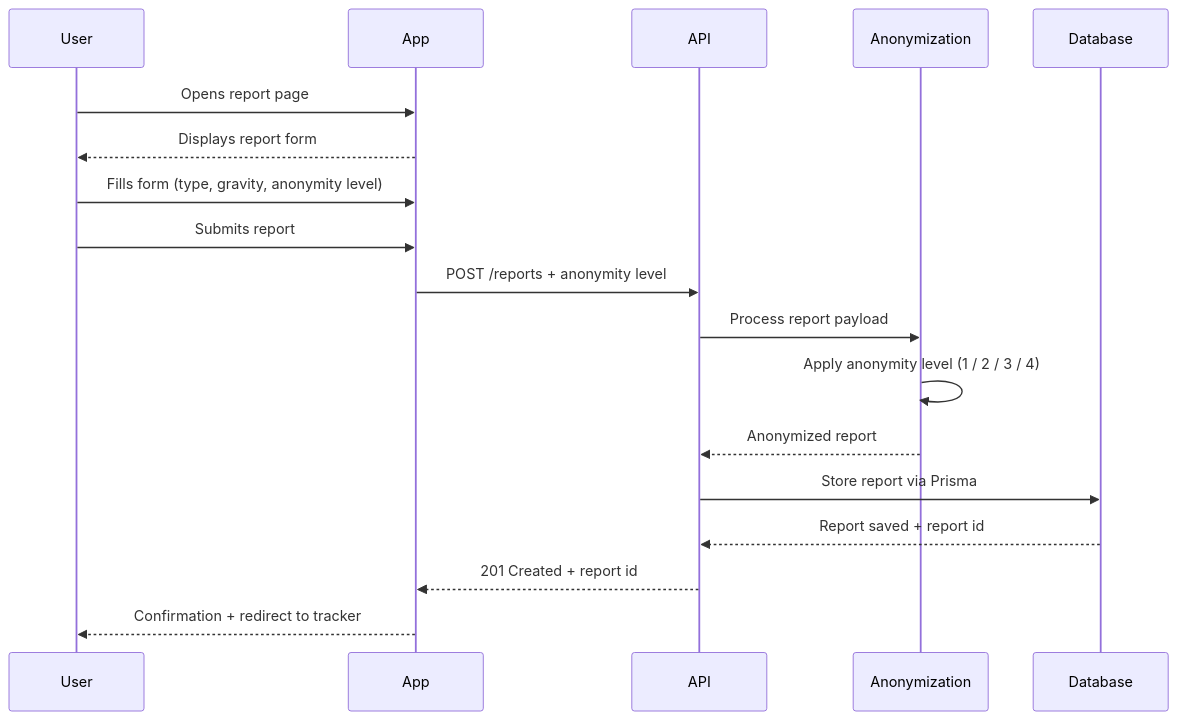
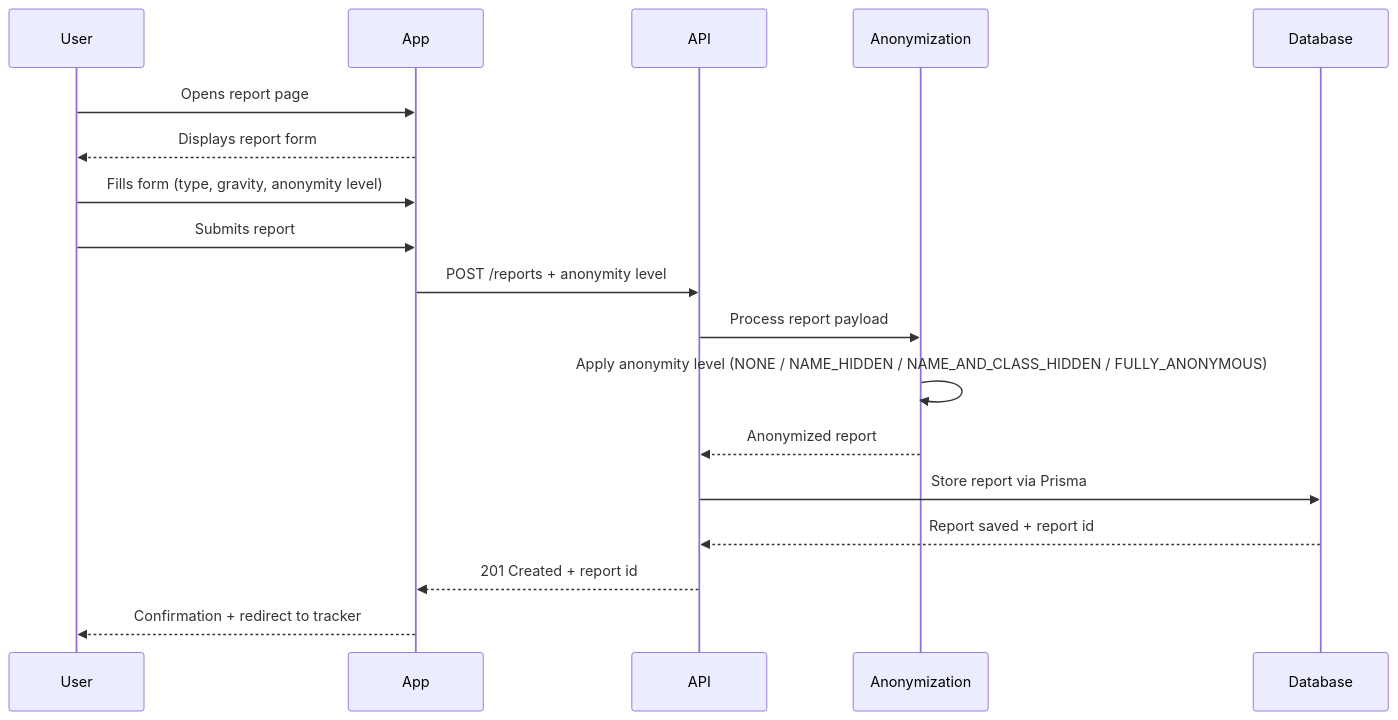
The third of 5 diagrams in Stage3_technical_documentation.md (Alistair31/Portfolio-Project), drawn with Mermaid before and after one commit. The commit also changed other lines of this file, not shown here.

Commit message:
fix: add class diagram section and improve technical documentation clarity

````diff
--- a/Stage3_technical_documentation.md
+++ b/Stage3_technical_documentation.md
@@ -154,21 +286,21 @@
 ```mermaid
 sequenceDiagram
     participant User
     participant App
     participant API
     participant Anonymization
     participant Database
 
     User->>App: Opens report page
     App-->>User: Displays report form
     User->>App: Fills form (type, gravity, anonymity level)
     User->>App: Submits report
     App->>API: POST /reports + anonymity level
     API->>Anonymization: Process report payload
-    Anonymization->>Anonymization: Apply anonymity level (1 / 2 / 3 / 4)
+    Anonymization->>Anonymization: Apply anonymity level (NONE / NAME_HIDDEN / NAME_AND_CLASS_HIDDEN / FULLY_ANONYMOUS)
     Anonymization-->>API: Anonymized report
     API->>Database: Store report via Prisma
     Database-->>API: Report saved + report id
     API-->>App: 201 Created + report id
     App-->>User: Confirmation + redirect to tracker
 ```
````
